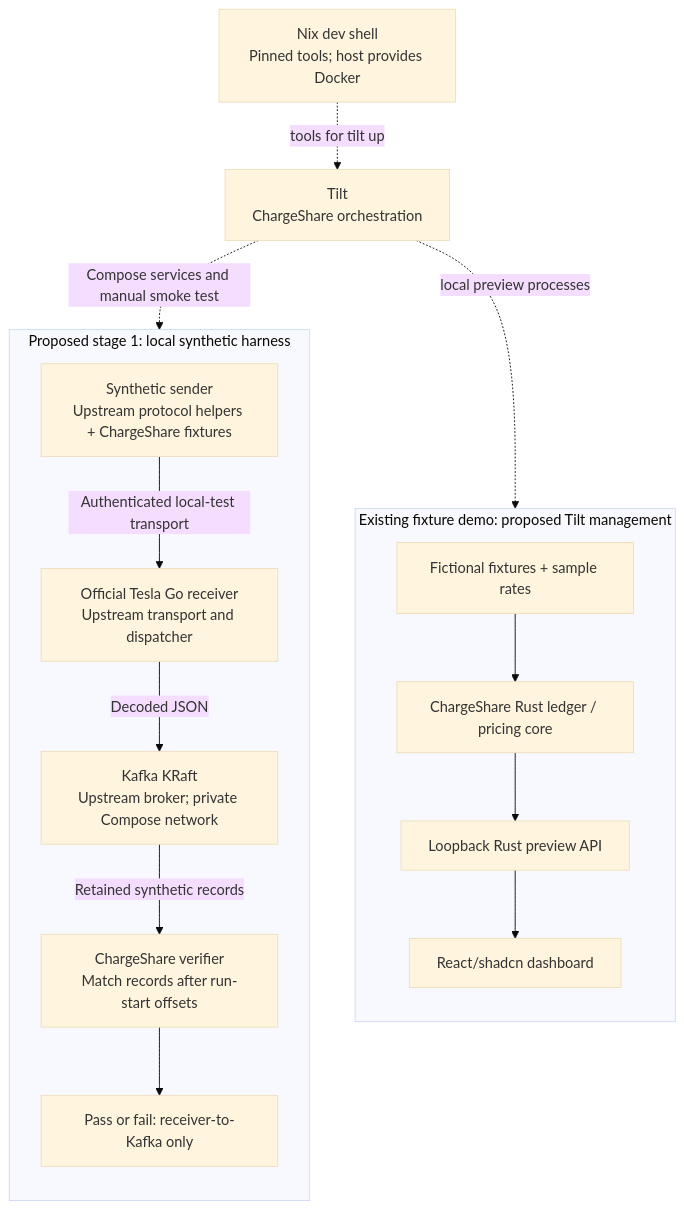
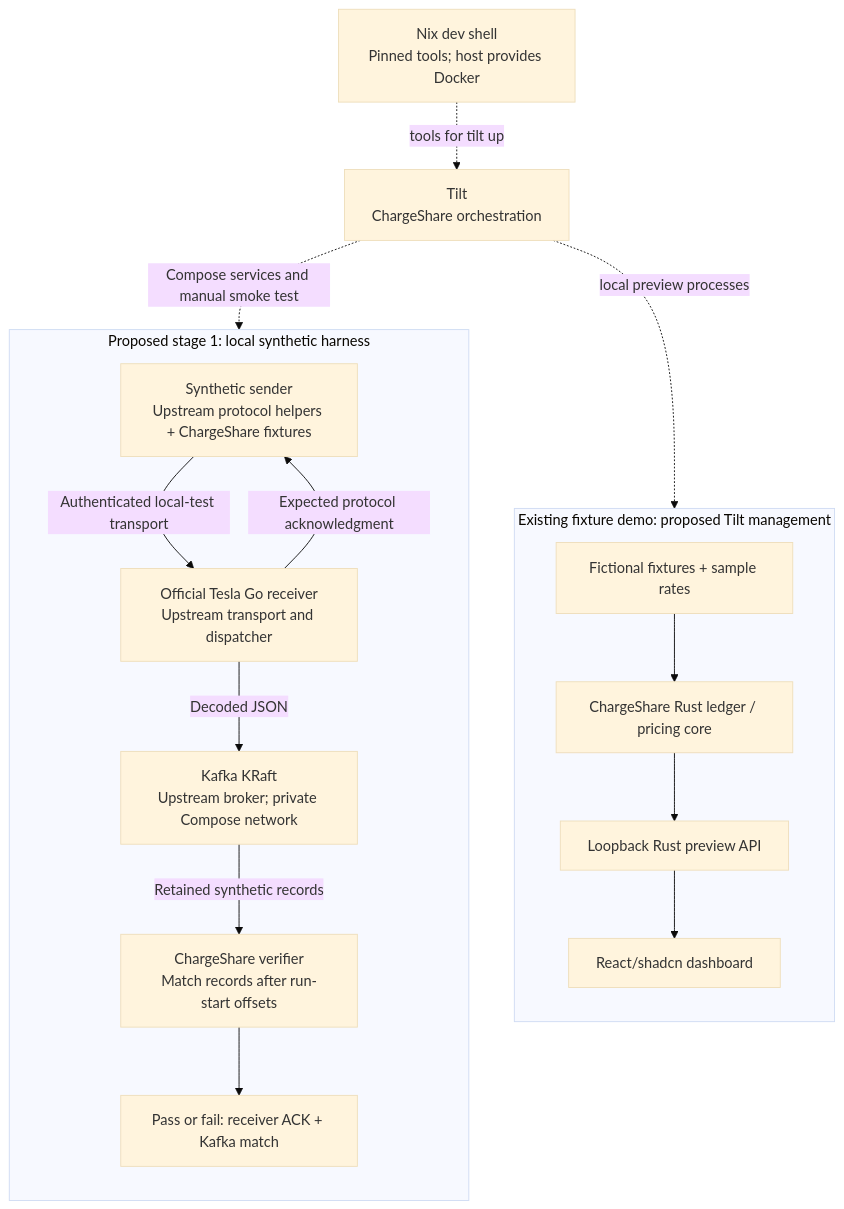
The diagram in openspec/changes/local-nix-tilt-kafka-harness/design.md (jestrada/ChargeShare), drawn with Mermaid (base theme) before and after one commit. The commit also changed other lines of this file and 4 other files, not shown here.

````diff
--- a/openspec/changes/local-nix-tilt-kafka-harness/design.md
+++ b/openspec/changes/local-nix-tilt-kafka-harness/design.md
@@ -11,30 +11,31 @@
 ```mermaid
 flowchart TB
     shell["Nix dev shell<br/>Pinned tools; host provides Docker"]
     tilt["Tilt<br/>ChargeShare orchestration"]
     shell -. "tools for tilt up" .-> tilt
     tilt -. "Compose services and manual smoke test" .-> harness
     tilt -. "local preview processes" .-> preview
 
     subgraph harness["Proposed stage 1: local synthetic harness"]
         direction TB
         sender["Synthetic sender<br/>Upstream protocol helpers + ChargeShare fixtures"]
         receiver["Official Tesla Go receiver<br/>Upstream transport and dispatcher"]
         kafka["Kafka KRaft<br/>Upstream broker; private Compose network"]
         verifier["ChargeShare verifier<br/>Match records after run-start offsets"]
-        result["Pass or fail: receiver-to-Kafka only"]
+        result["Pass or fail: receiver ACK + Kafka match"]
         sender -->|"Authenticated local-test transport"| receiver
+        receiver -->|"Expected protocol acknowledgment"| sender
         receiver -->|"Decoded JSON"| kafka
         kafka -->|"Retained synthetic records"| verifier
         verifier --> result
     end
 
     subgraph preview["Existing fixture demo: proposed Tilt management"]
         direction TB
         fixtures["Fictional fixtures + sample rates"]
         core["ChargeShare Rust ledger / pricing core"]
         api["Loopback Rust preview API"]
         dashboard["React/shadcn dashboard"]
         fixtures --> core --> api --> dashboard
     end
 ```
````
